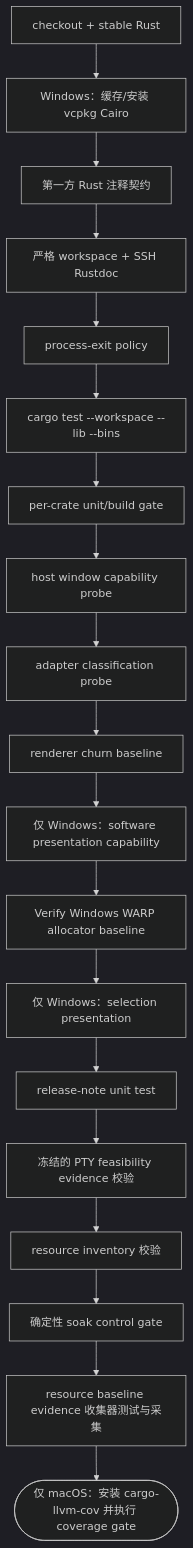
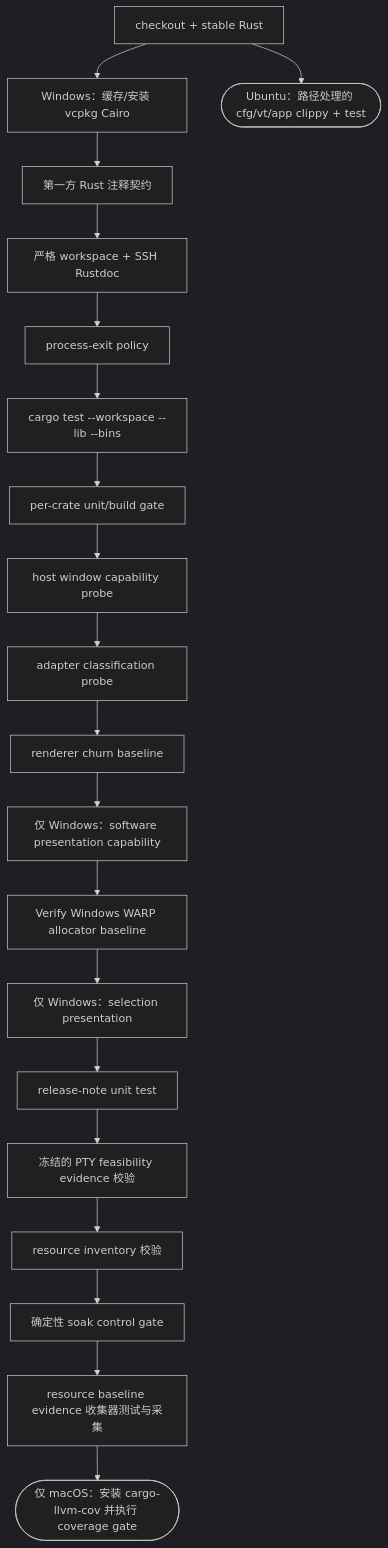
One commit to D0n9X1n/SonicTerm changed the third of 4 diagrams in wiki/Development-and-Release.md. Above: the diagram before and after it, drawn with Mermaid (dark theme). The commit also changed other lines of this file and 29 other files, not shown here.

````diff
--- a/wiki/Development-and-Release.md
+++ b/wiki/Development-and-Release.md
@@ -507,41 +514,43 @@
 ```mermaid
 flowchart TD
     checkout["checkout + stable Rust"]
     cairo["Windows：缓存/安装 vcpkg Cairo"]
     comments["第一方 Rust 注释契约"]
     rustdoc["严格 workspace + SSH Rustdoc"]
     exitpolicy["process-exit policy"]
     wstest["cargo test --workspace --lib --bins"]
     percrate["per-crate unit/build gate"]
     hostprobe["host window capability probe"]
     adapterprobe["adapter classification probe"]
     churn["renderer churn baseline"]
     softpresent["仅 Windows：software presentation capability"]
     warp["Verify Windows WARP allocator baseline"]
     selection["仅 Windows：selection presentation"]
     notes["release-note unit test"]
     pty["冻结的 PTY feasibility evidence 校验"]
     inventory["resource inventory 校验"]
     soak["确定性 soak control gate"]
     baseline["resource baseline evidence 收集器测试与采集"]
     coverage(["仅 macOS：安装 cargo-llvm-cov 并执行 coverage gate"])
+    linux(["Ubuntu：路径处理的 cfg/vt/app clippy + test"])
 
     checkout --> cairo
+    checkout --> linux
     cairo --> comments
     comments --> rustdoc
     rustdoc --> exitpolicy
     exitpolicy --> wstest
     wstest --> percrate
     percrate --> hostprobe
     hostprobe --> adapterprobe
     adapterprobe --> churn
     churn --> softpresent
     softpresent --> warp
     warp --> selection
     selection --> notes
     notes --> pty
     pty --> inventory
     inventory --> soak
     soak --> baseline
     baseline --> coverage
 ```
````
